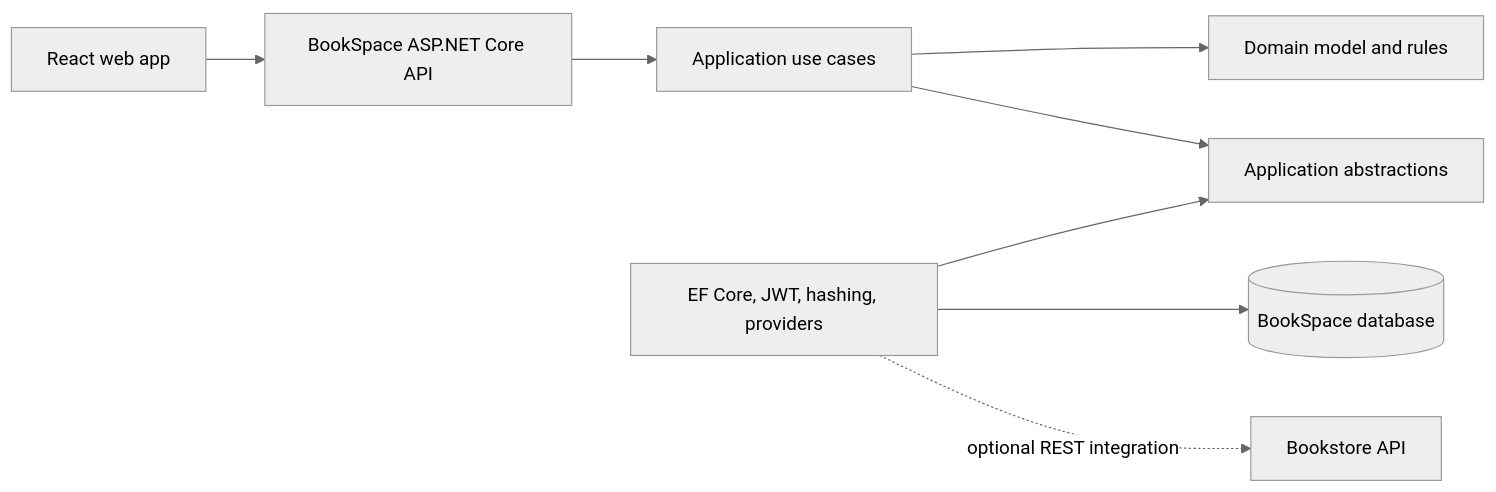
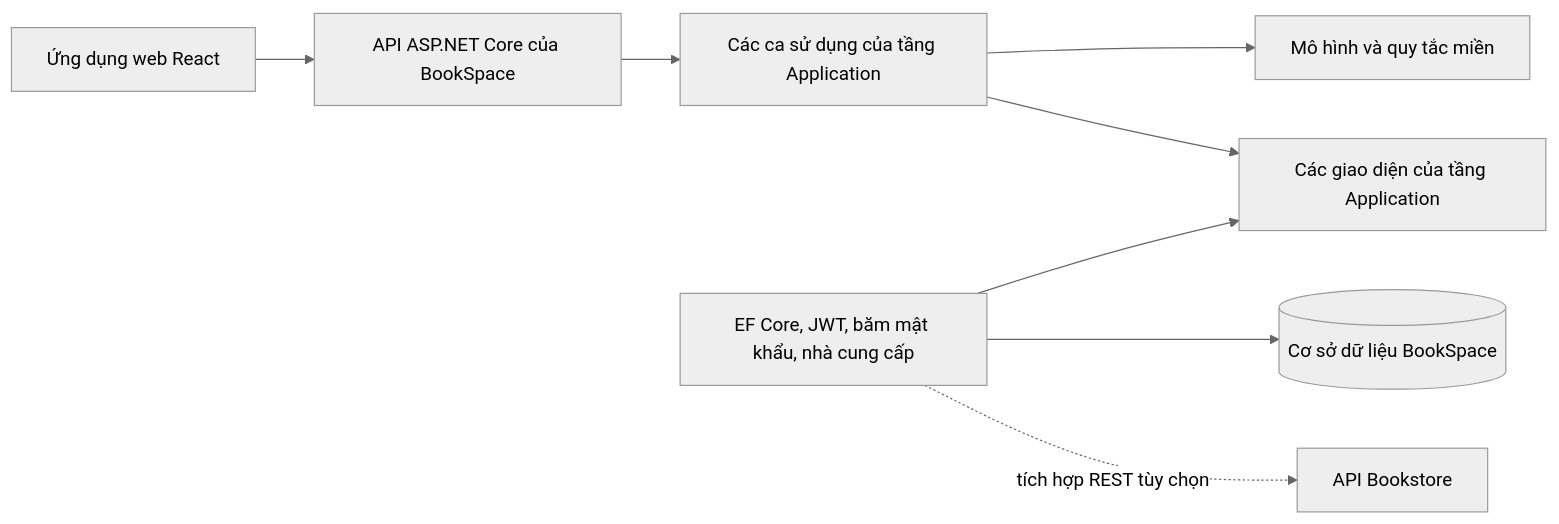
Before and after one commit to lighthouse2815/bookspace: the diagram in README.md, drawn with Mermaid (neutral theme). The commit also changed other lines of this file, not shown here.

````diff
--- a/README.md
+++ b/README.md
@@ -31,10 +32,10 @@
 ```mermaid
 flowchart LR
-    Browser["React web app"] --> Api["BookSpace ASP.NET Core API"]
-    Api --> Application["Application use cases"]
-    Application --> Domain["Domain model and rules"]
-    Application --> Ports["Application abstractions"]
-    Infrastructure["EF Core, JWT, hashing, providers"] --> Ports
-    Infrastructure --> Database[("BookSpace database")]
-    Infrastructure -. "optional REST integration" .-> Bookstore["Bookstore API"]
+    Browser["Ứng dụng web React"] --> Api["API ASP.NET Core của BookSpace"]
+    Api --> Application["Các ca sử dụng của tầng Application"]
+    Application --> Domain["Mô hình và quy tắc miền"]
+    Application --> Ports["Các giao diện của tầng Application"]
+    Infrastructure["EF Core, JWT, băm mật khẩu, nhà cung cấp"] --> Ports
+    Infrastructure --> Database[("Cơ sở dữ liệu BookSpace")]
+    Infrastructure -. "tích hợp REST tùy chọn" .-> Bookstore["API Bookstore"]
 ```
````
